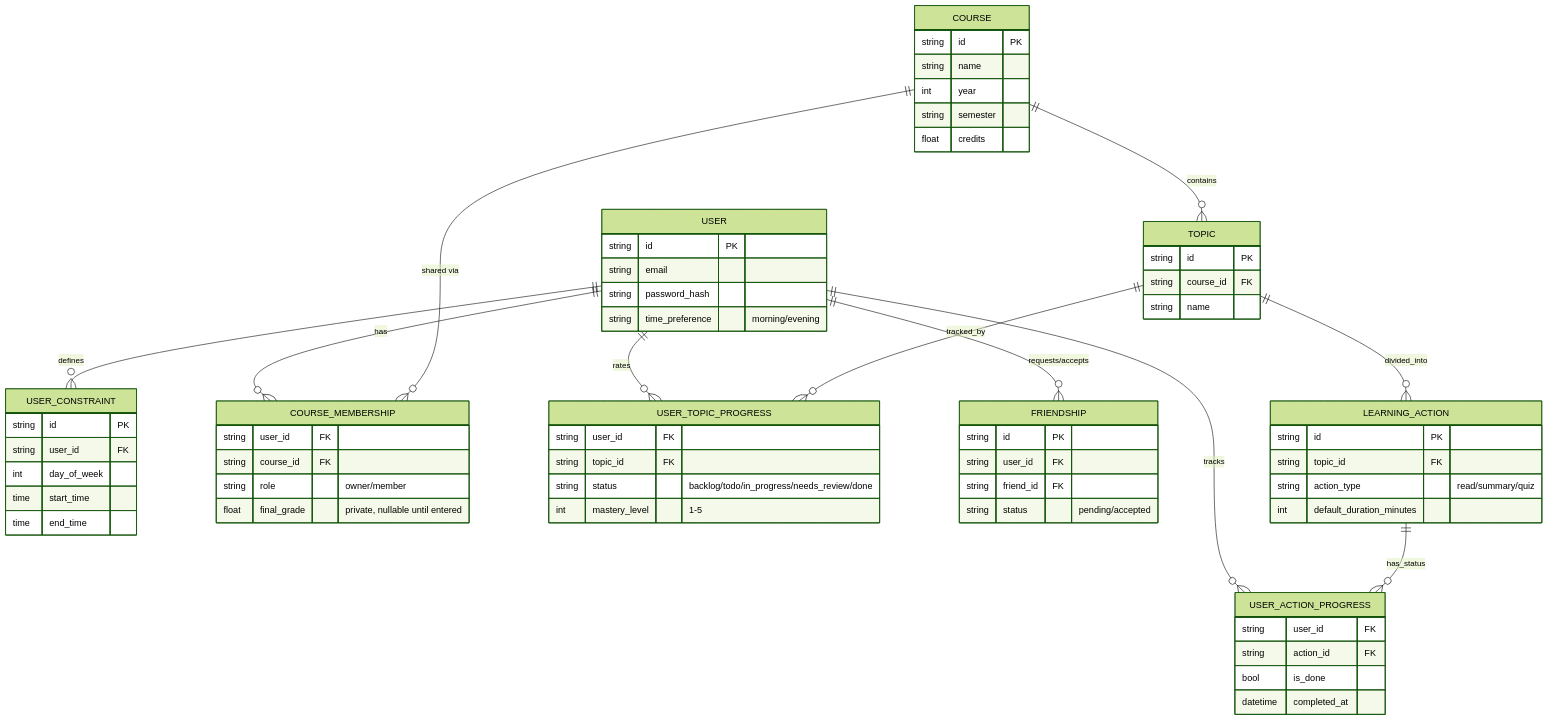
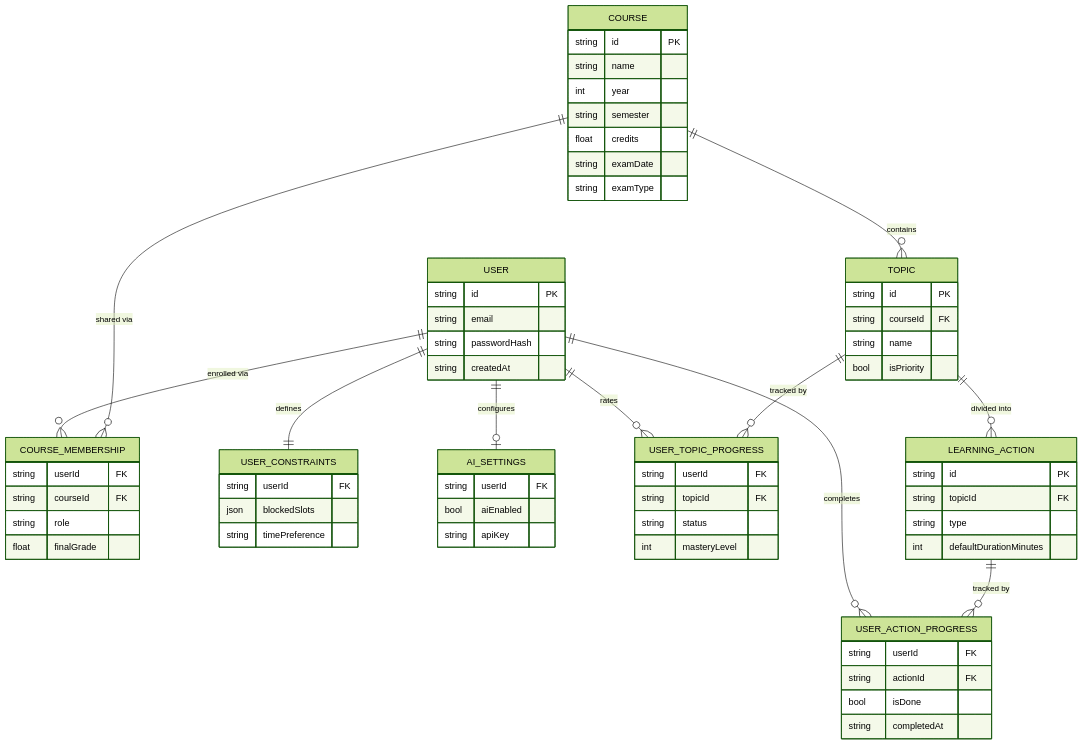
One commit to barbh1913/LearnSprint- changed the diagram in docs/erd.md. Above: the diagram before and after it, drawn with Mermaid (forest theme). The commit also changed other lines of this file and 16 other files, not shown here.

````diff
--- a/docs/erd.md
+++ b/docs/erd.md
@@ -14,80 +9,70 @@
 ```mermaid
 erDiagram
-    USER ||--o{ USER_CONSTRAINT : "defines"
-    USER ||--o{ COURSE_MEMBERSHIP : "has"
+    USER ||--o{ COURSE_MEMBERSHIP : "enrolled via"
+    USER ||--|| USER_CONSTRAINTS : "defines"
+    USER ||--o| AI_SETTINGS : "configures"
     USER ||--o{ USER_TOPIC_PROGRESS : "rates"
-    USER ||--o{ USER_ACTION_PROGRESS : "tracks"
-    USER ||--o{ FRIENDSHIP : "requests/accepts"
+    USER ||--o{ USER_ACTION_PROGRESS : "completes"
 
     COURSE ||--o{ COURSE_MEMBERSHIP : "shared via"
     COURSE ||--o{ TOPIC : "contains"
-
-    TOPIC ||--o{ LEARNING_ACTION : "divided_into"
-    TOPIC ||--o{ USER_TOPIC_PROGRESS : "tracked_by"
-
-    LEARNING_ACTION ||--o{ USER_ACTION_PROGRESS : "has_status"
+    TOPIC ||--o{ LEARNING_ACTION : "divided into"
+    TOPIC ||--o{ USER_TOPIC_PROGRESS : "tracked by"
+    LEARNING_ACTION ||--o{ USER_ACTION_PROGRESS : "tracked by"
 
     USER {
         string id PK
         string email
-        string password_hash
-        string time_preference "morning/evening"
+        string passwordHash
+        string createdAt
     }
-
-    USER_CONSTRAINT {
-        string id PK
-        string user_id FK
-        int day_of_week
-        time start_time
-        time end_time
-    }
-
     COURSE {
         string id PK
         string name
         int year
         string semester
         float credits
+        string examDate
+        string examType
     }
-
     COURSE_MEMBERSHIP {
-        string user_id FK
-        string course_id FK
-        string role "owner/member"
-        float final_grade "private, nullable until entered"
+        string userId FK
+        string courseId FK
+        string role
+        float finalGrade
     }
-
     TOPIC {
         string id PK
-        string course_id FK
+        string courseId FK
         string name
+        bool isPriority
     }
-
     LEARNING_ACTION {
         string id PK
-        string topic_id FK
-        string action_type "read/summary/quiz"
-        int default_duration_minutes
+        string topicId FK
+        string type
+        int defaultDurationMinutes
     }
-
     USER_TOPIC_PROGRESS {
-        string user_id FK
-        string topic_id FK
-        string status "backlog/todo/in_progress/needs_review/done"
-        int mastery_level "1-5"
+        string userId FK
+        string topicId FK
+        string status
+        int masteryLevel
     }
-
     USER_ACTION_PROGRESS {
-        string user_id FK
-        string action_id FK
-        bool is_done
-        datetime completed_at
+        string userId FK
+        string actionId FK
+        bool isDone
+        string completedAt
     }
-
-    FRIENDSHIP {
-        string id PK
-        string user_id FK
-        string friend_id FK
-        string status "pending/accepted"
+    USER_CONSTRAINTS {
+        string userId FK
+        json blockedSlots
+        string timePreference
+    }
+    AI_SETTINGS {
+        string userId FK
+        bool aiEnabled
+        string apiKey
     }
 ```
````
